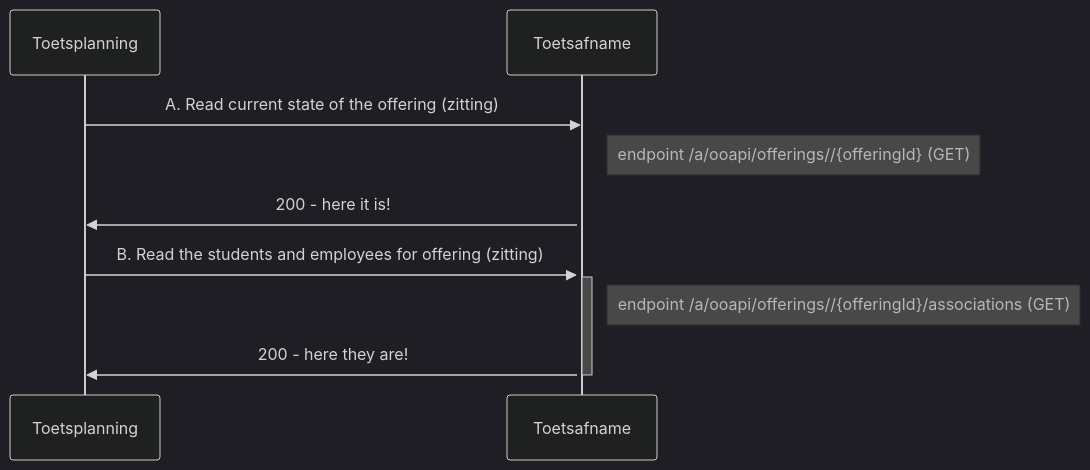
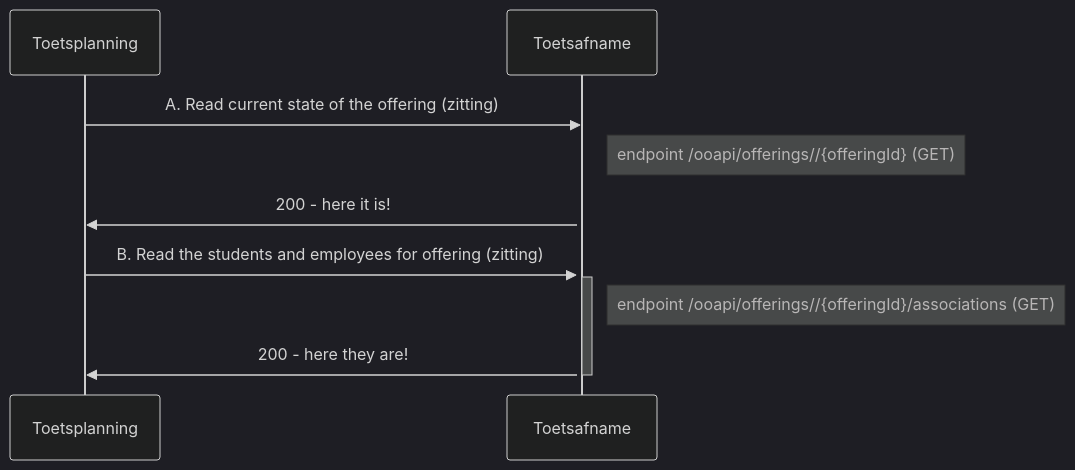
Before and after one commit to NetwerkExamineringDigitalisering/NED-OOAPI: the tenth of 10 diagrams in doc/flow2.md, drawn with Mermaid (dark theme). The commit also changed other lines of this file and 4 other files, not shown here.

````diff
--- a/doc/flow2.md
+++ b/doc/flow2.md
@@ -424,12 +428,12 @@
 ```mermaid
 sequenceDiagram
     Toetsplanning->>Toetsafname: A. Read current state of the offering (zitting)
     activate Toetsafname
-    Note right of Toetsafname: endpoint /a/ooapi/offerings//{offeringId} (GET)
+    Note right of Toetsafname: endpoint /ooapi/offerings//{offeringId} (GET)
     Toetsafname->>Toetsplanning: 200 - here it is!
     Toetsplanning->>Toetsafname: B. Read the students and employees for offering (zitting)
     activate Toetsafname
-    Note right of Toetsafname: endpoint /a/ooapi/offerings//{offeringId}/associations (GET)
+    Note right of Toetsafname: endpoint /ooapi/offerings//{offeringId}/associations (GET)
     Toetsafname->>Toetsplanning: 200 - here they are!
     deactivate Toetsafname
 ```
````
